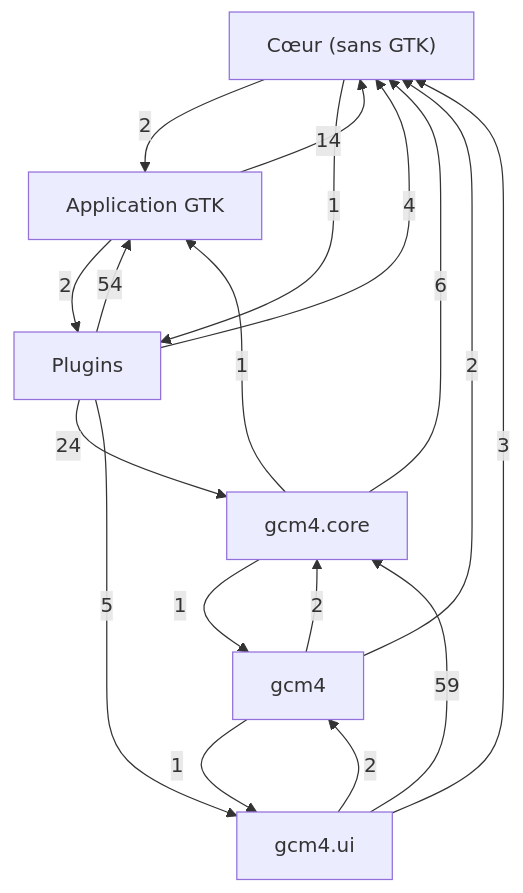
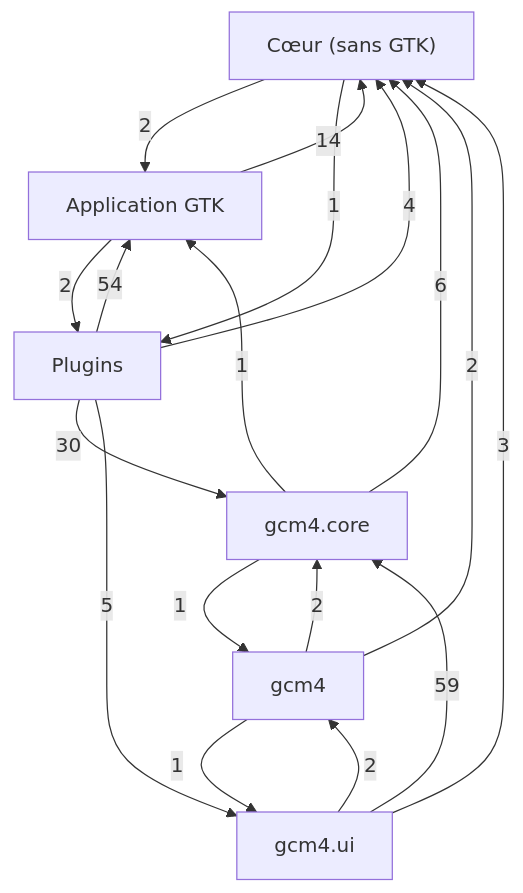
One commit to Mathilde-Team/Gcm4 changed the first of 7 diagrams in docs/class-diagram.md. Above: the diagram before and after it, drawn with Mermaid. The commit also changed other lines of this file and 41 other files, not shown here.

````diff
--- a/docs/class-diagram.md
+++ b/docs/class-diagram.md
@@ -21,26 +21,26 @@
 ```mermaid
 flowchart TD
     g0["Cœur (sans GTK)"]
     g1["Application GTK"]
     g2["Plugins"]
     g3["gcm4"]
     g4["gcm4.core"]
     g5["gcm4.ui"]
     g1 -->|14| g0
     g1 -->|2| g2
     g0 -->|2| g1
     g0 -->|1| g2
     g2 -->|54| g1
     g2 -->|4| g0
-    g2 -->|24| g4
+    g2 -->|30| g4
     g2 -->|5| g5
     g3 -->|2| g0
     g3 -->|2| g4
     g3 -->|1| g5
     g4 -->|1| g1
     g4 -->|6| g0
     g4 -->|1| g3
     g5 -->|3| g0
     g5 -->|2| g3
     g5 -->|59| g4
 ```
````
